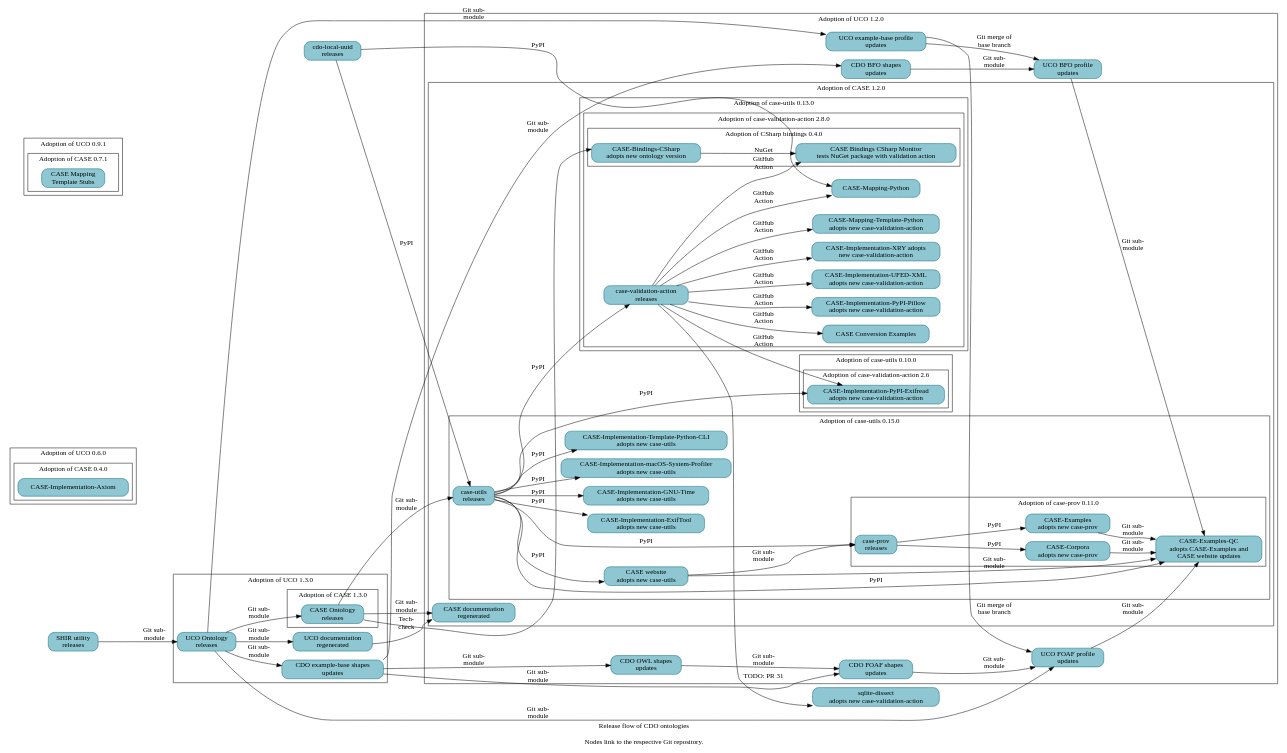
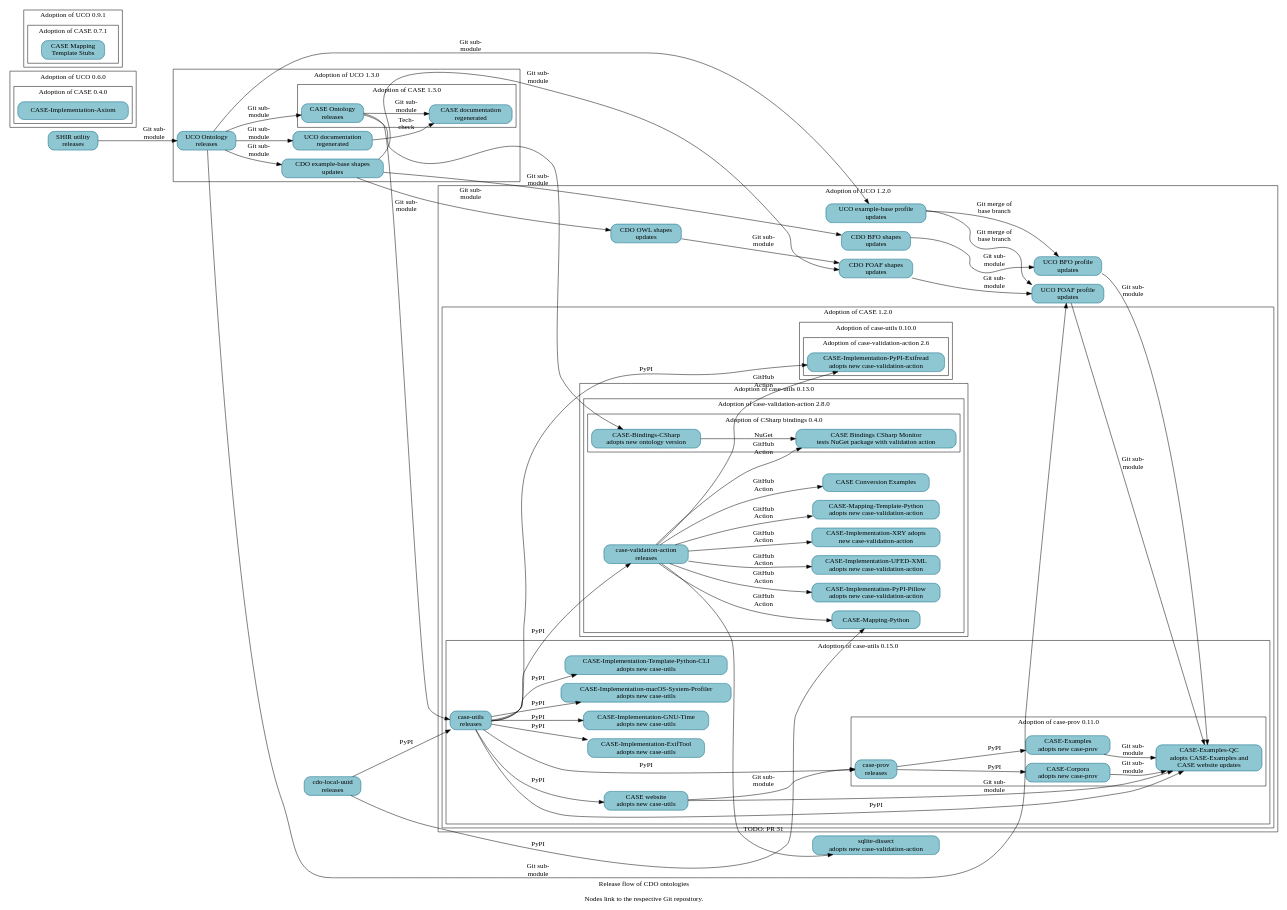
One commit to Cyber-Domain-Ontology/cdo.github.io changed the diagram in resources/project_release_flow.dot. Above: the diagram before and after it, drawn with Graphviz.

Commit message:
Add CASE 1.3.0 documentation refresh
A follow-on patch will regenerate Make-managed files.

```diff
--- a/resources/project_release_flow.dot
+++ b/resources/project_release_flow.dot
@@ -1,164 +1,163 @@
 digraph "cdo_release_flow" {
   label = "Release flow of CDO ontologies\n\nNodes link to the respective Git repository." ;
   rankdir = "LR" ;
   node [shape="rectangle" style="filled,rounded" fillcolor="#8EC7D2" color="#0D6986"] ;
 
   // Define nodes in their corresponding progress subgraph.
 
   _GH__CYBER_DOMAIN_ONTOLOGY__CDO_UTILITY_LOCAL_UUID [URL="https://github.com/Cyber-Domain-Ontology/CDO-Utility-Local-UUID" label="cdo-local-uuid\nreleases"] ;
 
   subgraph cluster_uco_0_6_0 {
     label = "Adoption of UCO 0.6.0" ;
 
     subgraph cluster_case_0_4_0 {
       label = "Adoption of CASE 0.4.0" ;
       _GH__CASEWORK__CASE_IMPLEMENTATION_AXIOM [URL="https://github.com/casework/CASE-Implementation-Axiom" label="CASE-Implementation-Axiom"] ;
     }
   }
 
   subgraph cluster_uco_0_9_1 {
     label = "Adoption of UCO 0.9.1" ;
 
     subgraph cluster_case_0_7_1 {
       label = "Adoption of CASE 0.7.1" ;
       _GH__CASEWORK__CASE_MAPPING_TEMPLATE_STUBS [URL="https://github.com/casework/CASE-Mapping-Template-Stubs" label="CASE Mapping\nTemplate Stubs"] ;
     }
   }
 
   subgraph cluster_uco_1_2_0 {
     label = "Adoption of UCO 1.2.0" ;
 
     _GH__CYBER_DOMAIN_ONTOLOGY__CDO_SHAPES_BFO [URL="https://github.com/Cyber-Domain-Ontology/CDO-Shapes-BFO" label="CDO BFO shapes\nupdates"] ;
     _GH__CYBER_DOMAIN_ONTOLOGY__CDO_SHAPES_FOAF [URL="https://github.com/Cyber-Domain-Ontology/CDO-Shapes-FOAF" label="CDO FOAF shapes\nupdates"] ;
     _GH__CYBER_DOMAIN_ONTOLOGY__CDO_SHAPES_OWL [URL="https://github.com/Cyber-Domain-Ontology/CDO-Shapes-OWL" label="CDO OWL shapes\nupdates"] ;
     _GH__UCOPROJECT__UCO_PROFILE_BFO [URL="https://github.com/ucoProject/UCO-Profile-BFO" label="UCO BFO profile\nupdates"] ;
     _GH__UCOPROJECT__UCO_PROFILE_EXAMPLE [URL="https://github.com/ucoProject/UCO-Profile-Example" label="UCO example-base profile\nupdates"] ;
     _GH__UCOPROJECT__UCO_PROFILE_FOAF [URL="https://github.com/ucoProject/UCO-Profile-FOAF" label="UCO FOAF profile\nupdates"] ;
 
     subgraph cluster_case_1_2_0 {
       label = "Adoption of CASE 1.2.0" ;
-
-      _GH__CASEWORK__ONTOLOGY_CASEONTOLOGY_ORG [URL="https://github.com/casework/ontology.caseontology.org" label="CASE documentation\nregenerated"] ;
 
       subgraph cluster_case_utils_0_10_0 {
         label = "Adoption of case-utils 0.10.0" ;
 
         subgraph cluster_case_validation_action_2_6 {
           label = "Adoption of case-validation-action 2.6" ;
 
           _GH__CASEWORK__CASE_IMPLEMENTATION_PYPI_EXIFREAD [URL="https://github.com/casework/CASE-Implementation-PyPI-Exifread" label="CASE-Implementation-PyPI-Exifread\nadopts new case-validation-action"] ;
         }
       }
 
       subgraph cluster_case_utils_0_13_0 {
         label = "Adoption of case-utils 0.13.0" ;
 
         subgraph cluster_case_validation_action_2_8_0 {
           label = "Adoption of case-validation-action 2.8.0" ;
 
           _GH__KCHASON__CASE_VALIDATION_ACTION [URL="https://github.com/kchason/case-validation-action" label="case-validation-action\nreleases"] ;
           _GH__CASEWORK__CASE_EXAMPLES_CONVERSION [URL="https://github.com/casework/CASE-Examples-Conversion" label="CASE Conversion Examples"] ;
           _GH__CASEWORK__CASE_IMPLEMENTATION_PYPI_PILLOW [URL="https://github.com/casework/CASE-Implementation-PyPI-Pillow" label="CASE-Implementation-PyPI-Pillow\nadopts new case-validation-action"] ;
           _GH__CASEWORK__CASE_IMPLEMENTATION_UFED_XML [URL="https://github.com/casework/CASE-Implementation-UFED-XML" label="CASE-Implementation-UFED-XML\nadopts new case-validation-action"] ;
           _GH__CASEWORK__CASE_IMPLEMENTATION_XRY [URL="https://github.com/casework/CASE-Implementation-XRY" label="CASE-Implementation-XRY adopts\nnew case-validation-action"] ;
           _GH__CASEWORK__CASE_MAPPING_PYTHON [URL="https://github.com/casework/CASE-Mapping-Python/" label="CASE-Mapping-Python"] ;
           _GH__CASEWORK__CASE_MAPPING_TEMPLATE_PYTHON [URL="https://github.com/casework/CASE-Mapping-Template-Python" label="CASE-Mapping-Template-Python\nadopts new case-validation-action"] ;
 
           subgraph cluster_case_bindings_csharp_0_4_0 {
             label = "Adoption of CSharp bindings 0.4.0" ;
 
             _GH__CASEWORK__CASE_BINDINGS_CSHARP_MONITOR [URL="https://github.com/casework/CASE-Bindings-CSharp-Monitor" label="CASE Bindings CSharp Monitor\ntests NuGet package with validation action"] ;
             _GH__CIPHERTECHSOLUTIONS__CASE_BINDINGS_CSHARP [URL="https://github.com/ciphertechsolutions/CASE-Bindings-CSharp" label="CASE-Bindings-CSharp\nadopts new ontology version"] ;
           }
         }
       }
 
       subgraph cluster_case_utils_0_15_0 {
         label = "Adoption of case-utils 0.15.0" ;
 
         _GH__CASEWORK__CASE_IMPLEMENTATION_EXIFTOOL [URL="https://github.com/casework/CASE-Implementation-ExifTool" label="CASE-Implementation-ExifTool\nadopts new case-utils"] ;
         _GH__CASEWORK__CASE_IMPLEMENTATION_GNU_TIME [URL="https://github.com/casework/CASE-Implementation-GNU-Time" label="CASE-Implementation-GNU-Time\nadopts new case-utils"] ;
         _GH__CASEWORK__CASE_IMPLEMENTATION_MACOS_SYSTEM_PROFILER [URL="https://github.com/casework/CASE-Implementation-macOS-System-Profiler" label="CASE-Implementation-macOS-System-Profiler\nadopts new case-utils"] ;
         _GH__CASEWORK__CASE_IMPLEMENTATION_TEMPLATE_PYTHON_CLI [URL="https://github.com/casework/CASE-Implementation-Template-Python-CLI" label="CASE-Implementation-Template-Python-CLI\nadopts new case-utils"]
         _GH__CASEWORK__CASE_UTILITIES_PYTHON [URL="https://github.com/casework/CASE-Utilities-Python" label="case-utils\nreleases"] ;
         _GH__CASEWORK__CASEWORK_GITHUB_IO [URL="https://github.com/casework/casework.github.io" label="CASE website\nadopts new case-utils"] ;
 
         subgraph cluster_case_prov_0_11_0 {
           label = "Adoption of case-prov 0.11.0" ;
 
           _GH__AJNELSON_NIST__CASE_EXAMPLES_QC [URL="https://github.com/ajnelson-nist/CASE-Examples-QC" label="CASE-Examples-QC\nadopts CASE-Examples and\nCASE website updates"] ;
           _GH__CASEWORK__CASE_CORPORA [URL="https://github.com/casework/CASE-Corpora" label="CASE-Corpora\nadopts new case-prov"] ;
           _GH__CASEWORK__CASE_EXAMPLES [URL="https://github.com/casework/CASE-Examples" label="CASE-Examples\nadopts new case-prov"] ;
           _GH__CASEWORK__CASE_IMPLEMENTATION_PROV_O [URL="https://github.com/casework/CASE-Implementation-PROV-O" label="case-prov\nreleases"] ;
         }
       }
     }
   }
 
   subgraph cluster_uco_1_3_0 {
     label = "Adoption of UCO 1.3.0" ;
 
     _GH__CYBER_DOMAIN_ONTOLOGY__CDO_SHAPES_EXAMPLE [URL="https://github.com/Cyber-Domain-Ontology/CDO-Shapes-Example" label="CDO example-base shapes\nupdates"] ;
     _GH__UCOPROJECT__ONTOLOGY_UNIFIEDCYBERONTOLOGY_ORG [URL="https://github.com/ucoProject/ontology.unifiedcyberontology.org" label="UCO documentation\nregenerated"] ;
     _GH__UCOPROJECT__UCO [URL="https://github.com/ucoProject/UCO" label="UCO Ontology\nreleases"] ;
 
     subgraph cluster_case_1_2_0 {
       label = "Adoption of CASE 1.3.0" ;
 
       _GH__CASEWORK__CASE [URL="https://github.com/casework/CASE" label="CASE Ontology\nreleases"] ;
+      _GH__CASEWORK__ONTOLOGY_CASEONTOLOGY_ORG [URL="https://github.com/casework/ontology.caseontology.org" label="CASE documentation\nregenerated"] ;
     }
   }
 
   _GH__CASEWORK__CASE_UTILITY_SHACL_INHERITANCE_REVIEWER [URL="https://github.com/casework/CASE-Utility-SHACL-Inheritance-Reviewer" label="SHIR utility\nreleases"] ;
   _GH__DOD_CYBER_CRIME_CENTER__SQLITE_DISSECT [URL="https://github.com/dod-cyber-crime-center/sqlite-dissect" label="sqlite-dissect\nadopts new case-validation-action"] ;
 
   // Begin edges
 
   _GH__CASEWORK__CASEWORK_GITHUB_IO -> _GH__CASEWORK__CASE_IMPLEMENTATION_PROV_O [label="Git sub-\nmodule"] ;
   _GH__CASEWORK__CASE_CORPORA -> _GH__AJNELSON_NIST__CASE_EXAMPLES_QC [label="Git sub-\nmodule"] ;
   _GH__CASEWORK__CASE -> _GH__CASEWORK__CASE_UTILITIES_PYTHON [label="Git sub-\nmodule"] ;
   _GH__CASEWORK__CASE -> _GH__CIPHERTECHSOLUTIONS__CASE_BINDINGS_CSHARP ;
   _GH__CASEWORK__CASE -> _GH__CASEWORK__ONTOLOGY_CASEONTOLOGY_ORG [label="Git sub-\nmodule"] ; 
   _GH__CASEWORK__CASE_EXAMPLES -> _GH__AJNELSON_NIST__CASE_EXAMPLES_QC [label="Git sub-\nmodule"] ;
   _GH__CASEWORK__CASE_IMPLEMENTATION_PROV_O -> _GH__CASEWORK__CASE_CORPORA [label="PyPI"] ;
   _GH__CASEWORK__CASE_IMPLEMENTATION_PROV_O -> _GH__CASEWORK__CASE_EXAMPLES [label="PyPI"] ;
   _GH__CASEWORK__CASE_UTILITIES_PYTHON -> _GH__AJNELSON_NIST__CASE_EXAMPLES_QC [label="PyPI"] ;
   _GH__CASEWORK__CASE_UTILITIES_PYTHON -> _GH__CASEWORK__CASE_IMPLEMENTATION_EXIFTOOL [label="PyPI"] ;
   _GH__CASEWORK__CASE_UTILITIES_PYTHON -> _GH__CASEWORK__CASE_IMPLEMENTATION_GNU_TIME [label="PyPI"] ;
   _GH__CASEWORK__CASE_UTILITIES_PYTHON -> _GH__CASEWORK__CASE_IMPLEMENTATION_MACOS_SYSTEM_PROFILER [label="PyPI"] ;
   _GH__CASEWORK__CASE_UTILITIES_PYTHON -> _GH__CASEWORK__CASE_IMPLEMENTATION_PROV_O [label="PyPI"] ;
   _GH__CASEWORK__CASE_UTILITIES_PYTHON -> _GH__CASEWORK__CASE_IMPLEMENTATION_PYPI_EXIFREAD [label="PyPI"] ;
   _GH__CASEWORK__CASE_UTILITIES_PYTHON -> _GH__CASEWORK__CASE_IMPLEMENTATION_TEMPLATE_PYTHON_CLI [label="PyPI"];
   _GH__CASEWORK__CASE_UTILITIES_PYTHON -> _GH__KCHASON__CASE_VALIDATION_ACTION [label="PyPI"] ;
   _GH__CASEWORK__CASE_UTILITIES_PYTHON -> _GH__CASEWORK__CASEWORK_GITHUB_IO [label="PyPI"] ;
   _GH__CASEWORK__CASE_UTILITY_SHACL_INHERITANCE_REVIEWER -> _GH__UCOPROJECT__UCO [label="Git sub-\nmodule"] ;
   _GH__CASEWORK__CASEWORK_GITHUB_IO -> _GH__AJNELSON_NIST__CASE_EXAMPLES_QC [label="Git sub-\nmodule"] ;
   _GH__CIPHERTECHSOLUTIONS__CASE_BINDINGS_CSHARP -> _GH__CASEWORK__CASE_BINDINGS_CSHARP_MONITOR [label="NuGet"] ;
   _GH__CYBER_DOMAIN_ONTOLOGY__CDO_UTILITY_LOCAL_UUID -> _GH__CASEWORK__CASE_MAPPING_PYTHON [label="PyPI"] ;
   _GH__CYBER_DOMAIN_ONTOLOGY__CDO_UTILITY_LOCAL_UUID -> _GH__CASEWORK__CASE_UTILITIES_PYTHON [label="PyPI"] ;
   _GH__CYBER_DOMAIN_ONTOLOGY__CDO_SHAPES_BFO -> _GH__UCOPROJECT__UCO_PROFILE_BFO [label="Git sub-\nmodule"] ;
   _GH__CYBER_DOMAIN_ONTOLOGY__CDO_SHAPES_EXAMPLE -> _GH__CYBER_DOMAIN_ONTOLOGY__CDO_SHAPES_BFO [label="Git sub-\nmodule"] ;
   _GH__CYBER_DOMAIN_ONTOLOGY__CDO_SHAPES_EXAMPLE -> _GH__CYBER_DOMAIN_ONTOLOGY__CDO_SHAPES_FOAF [label="Git sub-\nmodule"] ;
   _GH__CYBER_DOMAIN_ONTOLOGY__CDO_SHAPES_EXAMPLE -> _GH__CYBER_DOMAIN_ONTOLOGY__CDO_SHAPES_OWL [label="Git sub-\nmodule"] ;
   _GH__CYBER_DOMAIN_ONTOLOGY__CDO_SHAPES_FOAF -> _GH__UCOPROJECT__UCO_PROFILE_FOAF [label="Git sub-\nmodule"] ;
   _GH__CYBER_DOMAIN_ONTOLOGY__CDO_SHAPES_OWL -> _GH__CYBER_DOMAIN_ONTOLOGY__CDO_SHAPES_FOAF [label="Git sub-\nmodule"] ;
   _GH__KCHASON__CASE_VALIDATION_ACTION -> _GH__CASEWORK__CASE_BINDINGS_CSHARP_MONITOR [label="GitHub\nAction"] ;
   _GH__KCHASON__CASE_VALIDATION_ACTION -> _GH__CASEWORK__CASE_EXAMPLES_CONVERSION [label="GitHub\nAction"];
   _GH__KCHASON__CASE_VALIDATION_ACTION -> _GH__CASEWORK__CASE_IMPLEMENTATION_PYPI_EXIFREAD [label="GitHub\nAction"] ;
   _GH__KCHASON__CASE_VALIDATION_ACTION -> _GH__CASEWORK__CASE_IMPLEMENTATION_PYPI_PILLOW [label="GitHub\nAction"] ;
   _GH__KCHASON__CASE_VALIDATION_ACTION -> _GH__CASEWORK__CASE_IMPLEMENTATION_UFED_XML [label="GitHub\nAction"] ;
   _GH__KCHASON__CASE_VALIDATION_ACTION -> _GH__CASEWORK__CASE_IMPLEMENTATION_XRY [label="GitHub\nAction"] ;
   _GH__KCHASON__CASE_VALIDATION_ACTION -> _GH__CASEWORK__CASE_MAPPING_PYTHON [label="GitHub\nAction"] ;
   _GH__KCHASON__CASE_VALIDATION_ACTION -> _GH__CASEWORK__CASE_MAPPING_TEMPLATE_PYTHON [label="GitHub\nAction"] ;
   _GH__KCHASON__CASE_VALIDATION_ACTION -> _GH__DOD_CYBER_CRIME_CENTER__SQLITE_DISSECT [URL="https://github.com/dod-cyber-crime-center/sqlite-dissect/pull/31" label="TODO: PR 31"] ;
   _GH__UCOPROJECT__ONTOLOGY_UNIFIEDCYBERONTOLOGY_ORG -> _GH__CASEWORK__ONTOLOGY_CASEONTOLOGY_ORG [label="Tech-\ncheck"];
   _GH__UCOPROJECT__UCO -> _GH__CASEWORK__CASE [label="Git sub-\nmodule"] ;
   _GH__UCOPROJECT__UCO -> _GH__CYBER_DOMAIN_ONTOLOGY__CDO_SHAPES_EXAMPLE [label="Git sub-\nmodule"] ;
   _GH__UCOPROJECT__UCO -> _GH__UCOPROJECT__ONTOLOGY_UNIFIEDCYBERONTOLOGY_ORG [label="Git sub-\nmodule"] ;
   _GH__UCOPROJECT__UCO -> _GH__UCOPROJECT__UCO_PROFILE_EXAMPLE [label="Git sub-\nmodule"] ;
   _GH__UCOPROJECT__UCO -> _GH__UCOPROJECT__UCO_PROFILE_FOAF [label="Git sub-\nmodule"] ;
   _GH__UCOPROJECT__UCO_PROFILE_BFO -> _GH__AJNELSON_NIST__CASE_EXAMPLES_QC [label="Git sub-\nmodule"] ;
   _GH__UCOPROJECT__UCO_PROFILE_EXAMPLE -> _GH__UCOPROJECT__UCO_PROFILE_BFO [label="Git merge of\nbase branch"] ;
   _GH__UCOPROJECT__UCO_PROFILE_EXAMPLE -> _GH__UCOPROJECT__UCO_PROFILE_FOAF [label="Git merge of\nbase branch"] ;
   _GH__UCOPROJECT__UCO_PROFILE_FOAF -> _GH__AJNELSON_NIST__CASE_EXAMPLES_QC [label="Git sub-\nmodule"] ;
 }
```
